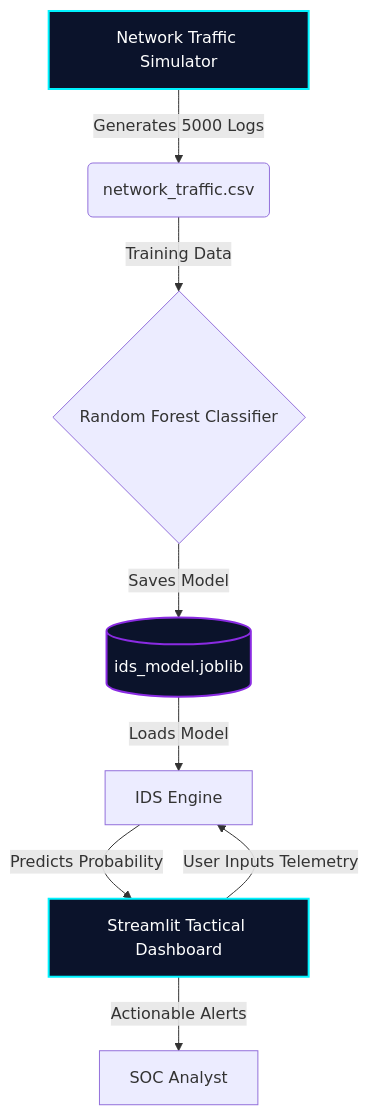
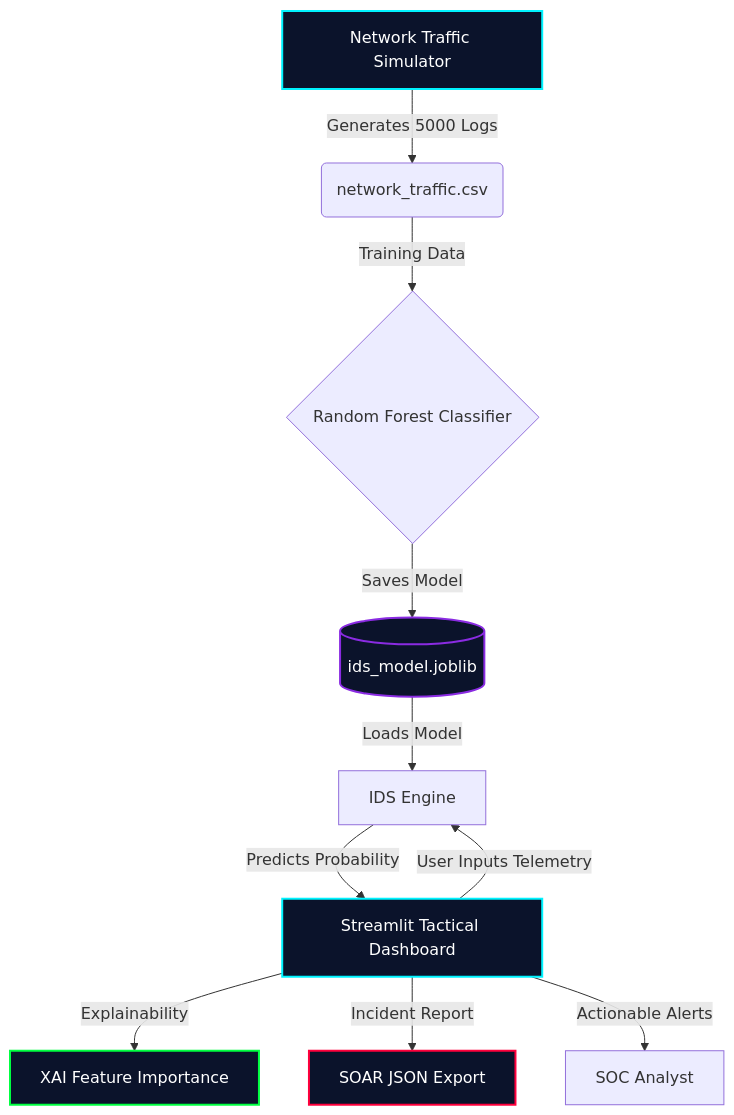
The diagram in README.md (codewarrior777/aegis-sentinel), drawn with Mermaid before and after one commit. The commit also changed other lines of this file and 3 other files, not shown here.

Commit message:
docs: finalize README with dual screenshots and God Level architecture

````diff
--- a/README.md
+++ b/README.md
@@ -37,14 +46,18 @@
 ```mermaid
 graph TD
     A[Network Traffic Simulator] -->|Generates 5000 Logs| B(network_traffic.csv)
     B -->|Training Data| C{Random Forest Classifier}
     C -->|Saves Model| H[(ids_model.joblib)]
     H -->|Loads Model| D[IDS Engine]
     D -->|Predicts Probability| E[Streamlit Tactical Dashboard]
     E -->|User Inputs Telemetry| D
-    E -->|Actionable Alerts| F[SOC Analyst]
+    E -->|Explainability| F[XAI Feature Importance]
+    E -->|Incident Report| G[SOAR JSON Export]
+    E -->|Actionable Alerts| I[SOC Analyst]
     
     style A fill:#0b132b,stroke:#00f3ff,stroke-width:2px,color:#fff
     style H fill:#0b132b,stroke:#8a2be2,stroke-width:2px,color:#fff
     style E fill:#0b132b,stroke:#00f3ff,stroke-width:2px,color:#fff
+    style F fill:#0b132b,stroke:#00ff41,stroke-width:2px,color:#fff
+    style G fill:#0b132b,stroke:#ff003c,stroke-width:2px,color:#fff
 ```
````
